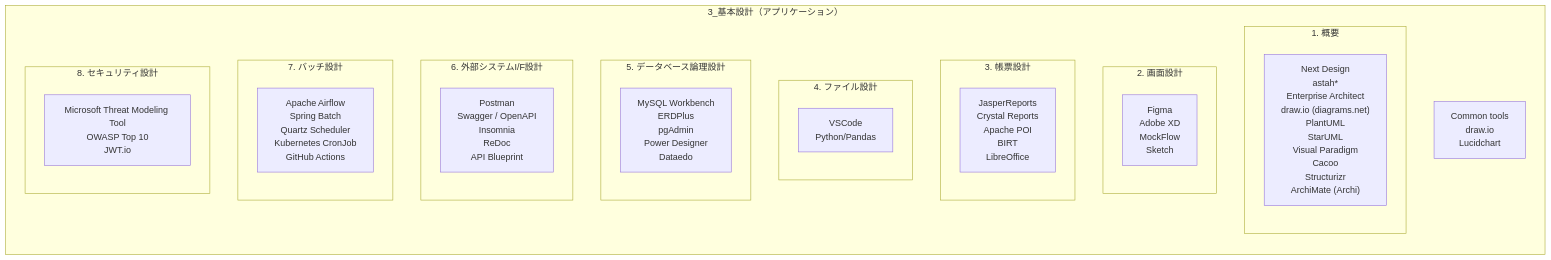
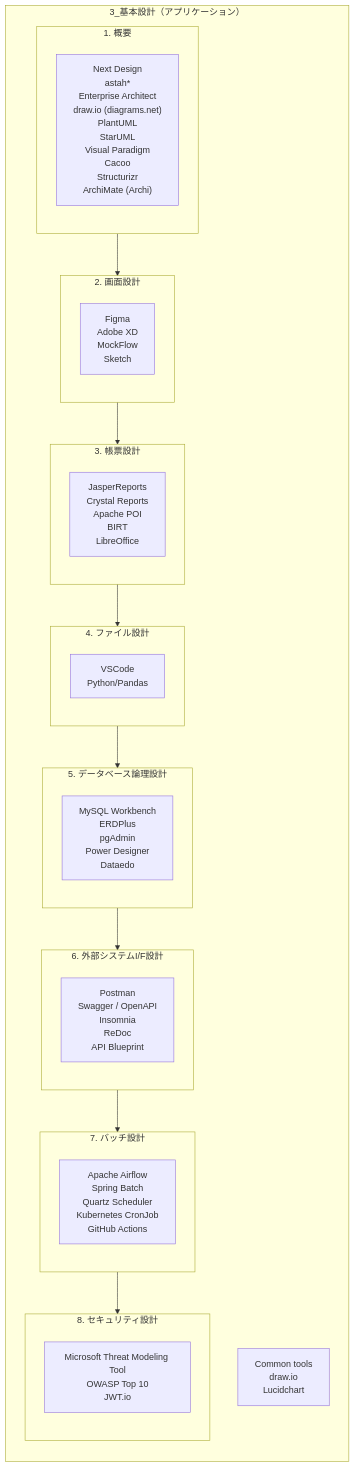
Before and after one commit to infinith4/dev-moderndev: the fourth of 13 diagrams in docs/dev_process_mermaid.md, drawn with Mermaid. The commit also changed other lines of this file, not shown here.

````diff
--- a/docs/dev_process_mermaid.md
+++ b/docs/dev_process_mermaid.md
@@ -74,40 +93,41 @@
 ```mermaid
 %%{init: {'flowchart': {'htmlLabels': true}}}%%
 flowchart TB
     subgraph P3[3_基本設計（アプリケーション）]
         direction TB
         P3_common["Common tools<br/>draw.io<br/>Lucidchart"]
         subgraph P3s1[1. 概要]
             direction TB
             P3s1_t["Next Design<br/>astah*<br/>Enterprise Architect<br/>draw.io (diagrams.net)<br/>PlantUML<br/>StarUML<br/>Visual Paradigm<br/>Cacoo<br/>Structurizr<br/>ArchiMate (Archi)"]
         end
         subgraph P3s2[2. 画面設計]
             direction TB
             P3s2_t["Figma<br/>Adobe XD<br/>MockFlow<br/>Sketch"]
         end
         subgraph P3s3[3. 帳票設計]
             direction TB
             P3s3_t["JasperReports<br/>Crystal Reports<br/>Apache POI<br/>BIRT<br/>LibreOffice"]
         end
         subgraph P3s4[4. ファイル設計]
             direction TB
             P3s4_t["VSCode<br/>Python/Pandas"]
         end
         subgraph P3s5[5. データベース論理設計]
             direction TB
             P3s5_t["MySQL Workbench<br/>ERDPlus<br/>pgAdmin<br/>Power Designer<br/>Dataedo"]
         end
         subgraph P3s6[6. 外部システムI/F設計]
             direction TB
             P3s6_t["Postman<br/>Swagger / OpenAPI<br/>Insomnia<br/>ReDoc<br/>API Blueprint"]
         end
         subgraph P3s7[7. バッチ設計]
             direction TB
             P3s7_t["Apache Airflow<br/>Spring Batch<br/>Quartz Scheduler<br/>Kubernetes CronJob<br/>GitHub Actions"]
         end
         subgraph P3s8[8. セキュリティ設計]
             direction TB
             P3s8_t["Microsoft Threat Modeling Tool<br/>OWASP Top 10<br/>JWT.io"]
         end
+        P3s1 --> P3s2 --> P3s3 --> P3s4 --> P3s5 --> P3s6 --> P3s7 --> P3s8
     end
 ```
````
